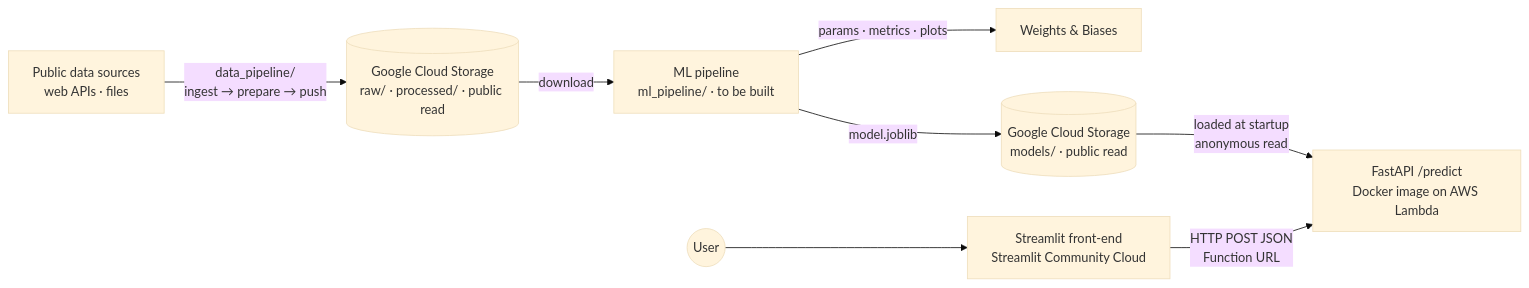
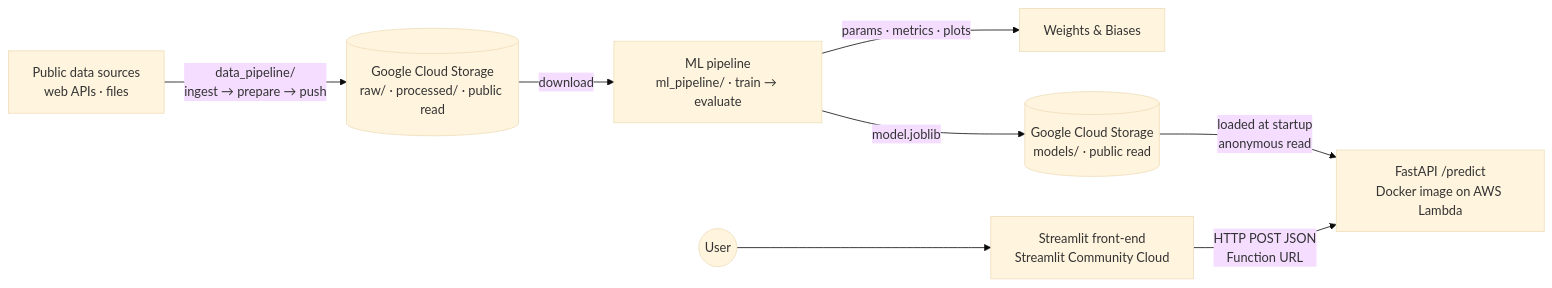
Before and after one commit to haydn-s/climate-impact-pipeline: the diagram in README.md, drawn with Mermaid (base theme). The commit also changed other lines of this file and 2 other files, not shown here.

Commit message:
feat(frontend): add a Streamlit app that deploys the pipeline (#22)

````diff
--- a/README.md
+++ b/README.md
@@ -78,10 +78,10 @@
 ```mermaid
 flowchart LR
     SRC[Public data sources<br/>web APIs · files] -->|data_pipeline/<br/>ingest → prepare → push| STORED[(Google Cloud Storage<br/>raw/ · processed/ · public read)]
-    STORED -->|download| TRAIN[ML pipeline<br/>ml_pipeline/ · to be built]
+    STORED -->|download| TRAIN[ML pipeline<br/>ml_pipeline/ · train → evaluate]
     TRAIN -->|params · metrics · plots| WB[Weights & Biases]
     TRAIN -->|model.joblib| STOREM[(Google Cloud Storage<br/>models/ · public read)]
     STOREM -->|loaded at startup<br/>anonymous read| API[FastAPI /predict<br/>Docker image on AWS Lambda]
     UI[Streamlit front-end<br/>Streamlit Community Cloud] -->|HTTP POST JSON<br/>Function URL| API
     USER((User)) --> UI
 ```
````
